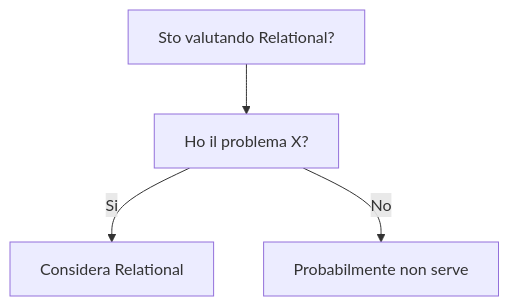
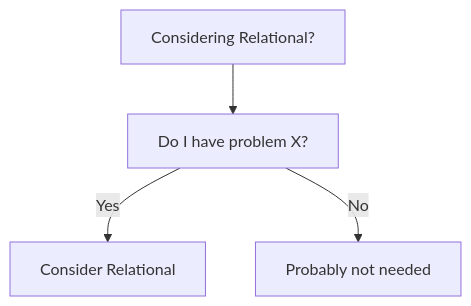
The diagram in dev-wiki/06_Data_Storage/Relational/When_To_Use.md (HxT9/Software-Dev-Wiki), drawn with Mermaid before and after one commit. The commit also changed other lines of this file and 3444 other files, not shown here.

````diff
--- a/dev-wiki/06_Data_Storage/Relational/When_To_Use.md
+++ b/dev-wiki/06_Data_Storage/Relational/When_To_Use.md
@@ -19,6 +19,6 @@
 ```mermaid
 flowchart TD
-  Q[Sto valutando Relational?] --> Q1[Ho il problema X?]
-  Q1 -->|Si| OK[Considera Relational]
-  Q1 -->|No| NO[Probabilmente non serve]
+  Q[Considering Relational?] --> Q1[Do I have problem X?]
+  Q1 -->|Yes| OK[Consider Relational]
+  Q1 -->|No| NO[Probably not needed]
 ```
````
